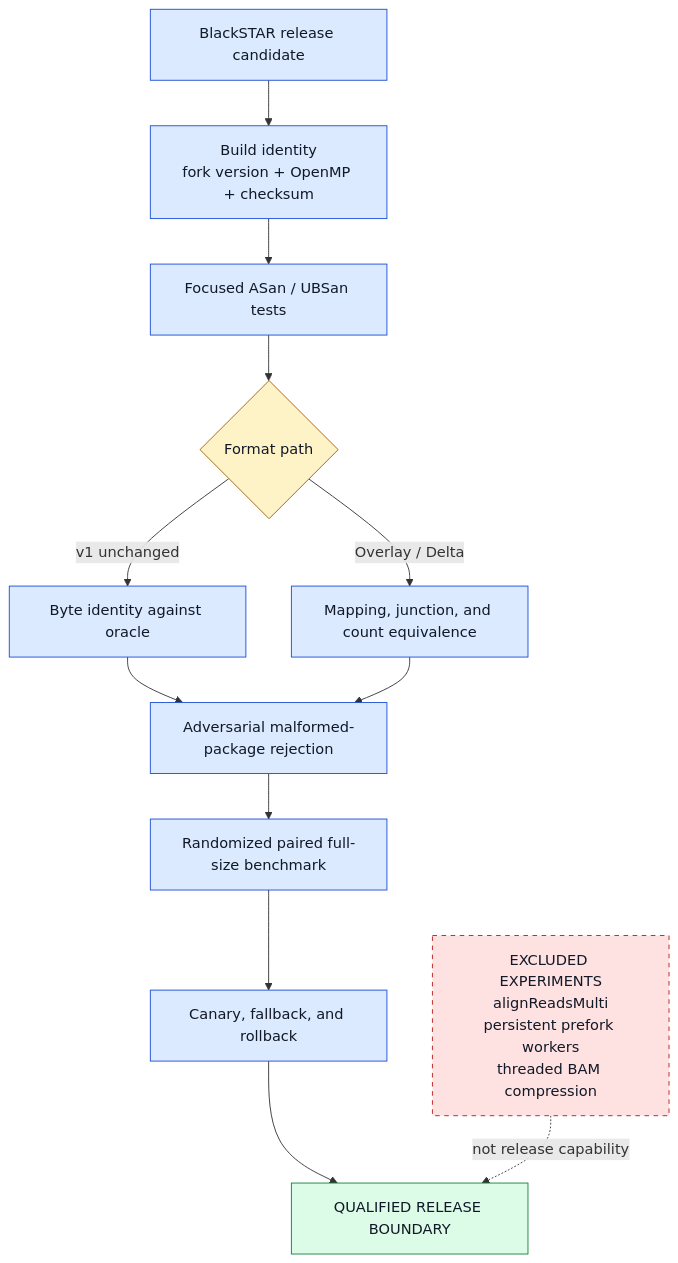
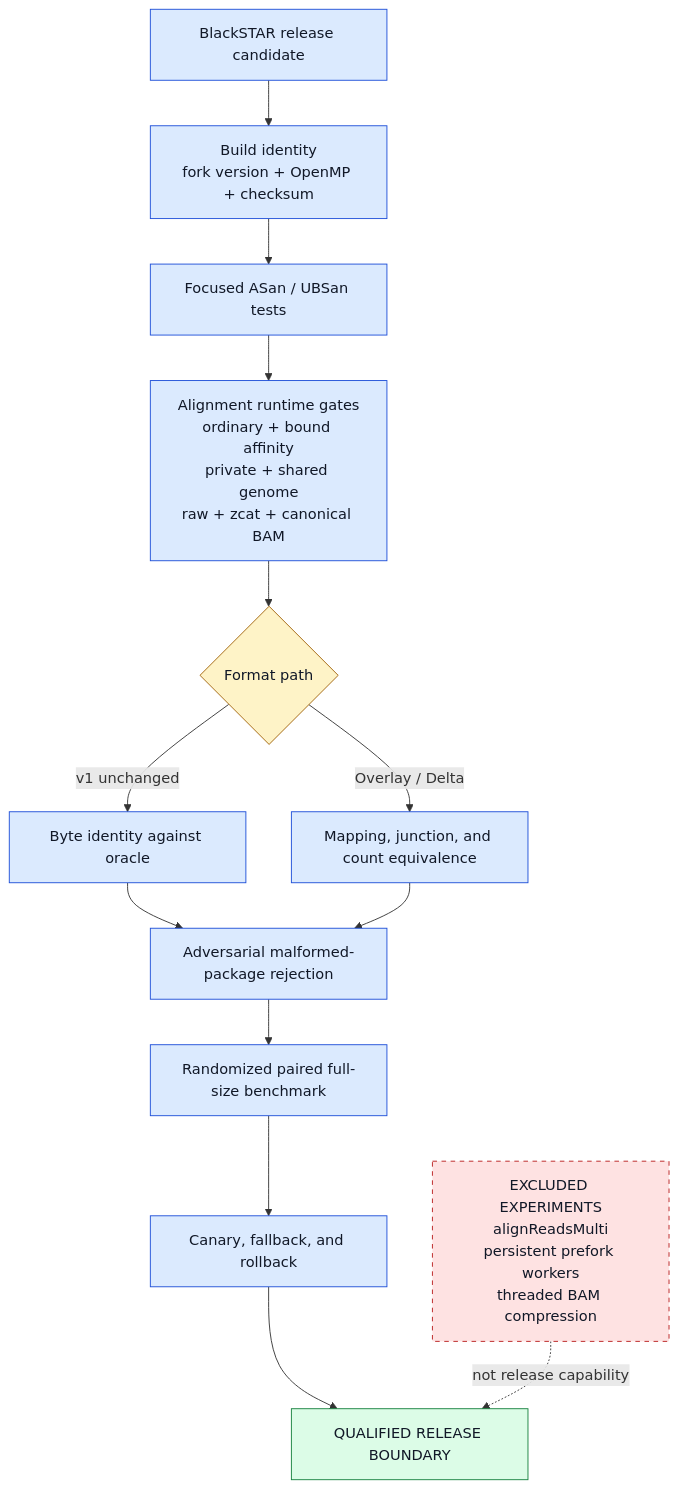
Before and after one commit to justinblethrow-cloud/STAR: the diagram in docs/architecture/diagrams/src/F12-release-boundary.mmd, drawn with Mermaid. The commit also changed 52 other files, not shown here.

```diff
--- a/docs/architecture/diagrams/src/F12-release-boundary.mmd
+++ b/docs/architecture/diagrams/src/F12-release-boundary.mmd
@@ -1,22 +1,23 @@
 flowchart TD
     CAND["BlackSTAR release candidate"] --> BUILD["Build identity<br/>fork version + OpenMP + checksum"]
     BUILD --> SAN["Focused ASan / UBSan tests"]
-    SAN --> FORMAT{"Format path"}
+    SAN --> RUNTIME["Alignment runtime gates<br/>ordinary + bound affinity<br/>private + shared genome<br/>raw + zcat + canonical BAM"]
+    RUNTIME --> FORMAT{"Format path"}
     FORMAT -->|v1 unchanged| BYTE["Byte identity against oracle"]
     FORMAT -->|Overlay / Delta| MAP["Mapping, junction, and count equivalence"]
     BYTE --> ADV["Adversarial malformed-package rejection"]
     MAP --> ADV
     ADV --> PERF["Randomized paired full-size benchmark"]
     PERF --> DEPLOY["Canary, fallback, and rollback"]
     DEPLOY --> RELEASE["QUALIFIED RELEASE BOUNDARY"]
 
     EXCLUDED["EXCLUDED EXPERIMENTS<br/>alignReadsMulti<br/>persistent prefork workers<br/>threaded BAM compression"] -. "not release capability" .-> RELEASE
 
     classDef gate fill:#dbeafe,stroke:#1d4ed8,color:#111827;
     classDef decision fill:#fef3c7,stroke:#a16207,color:#111827;
     classDef accepted fill:#dcfce7,stroke:#15803d,color:#111827;
     classDef excluded fill:#fee2e2,stroke:#b91c1c,color:#111827,stroke-dasharray: 5 5;
-    class CAND,BUILD,SAN,BYTE,MAP,ADV,PERF,DEPLOY gate;
+    class CAND,BUILD,SAN,RUNTIME,BYTE,MAP,ADV,PERF,DEPLOY gate;
     class FORMAT decision;
     class RELEASE accepted;
     class EXCLUDED excluded;
```
